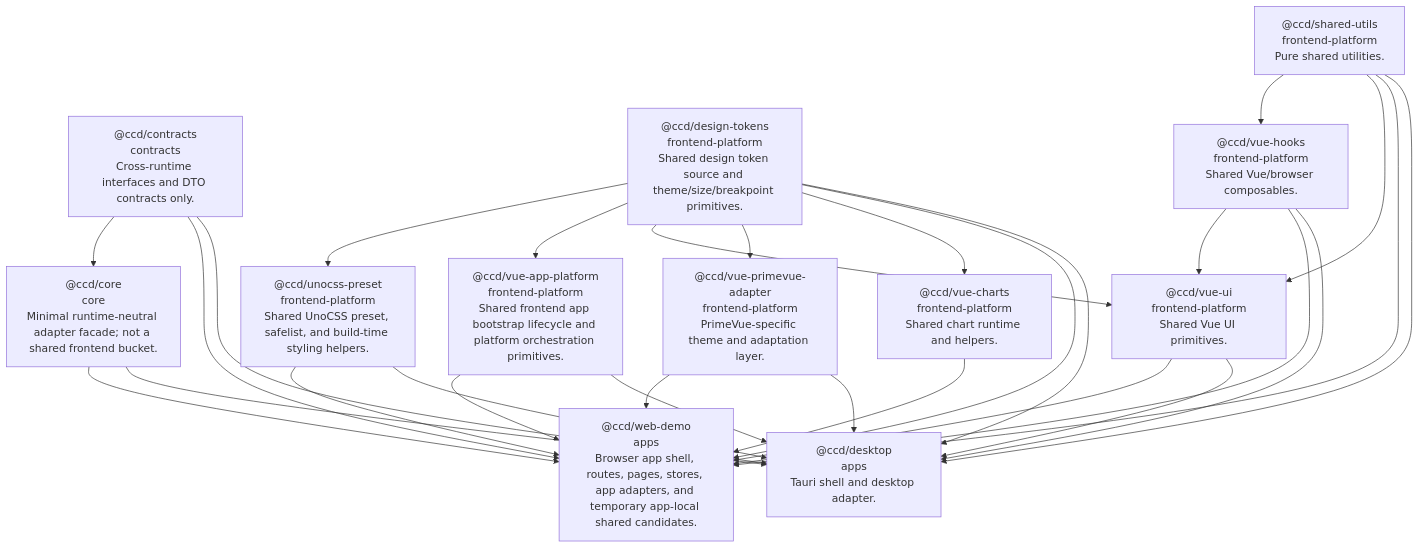
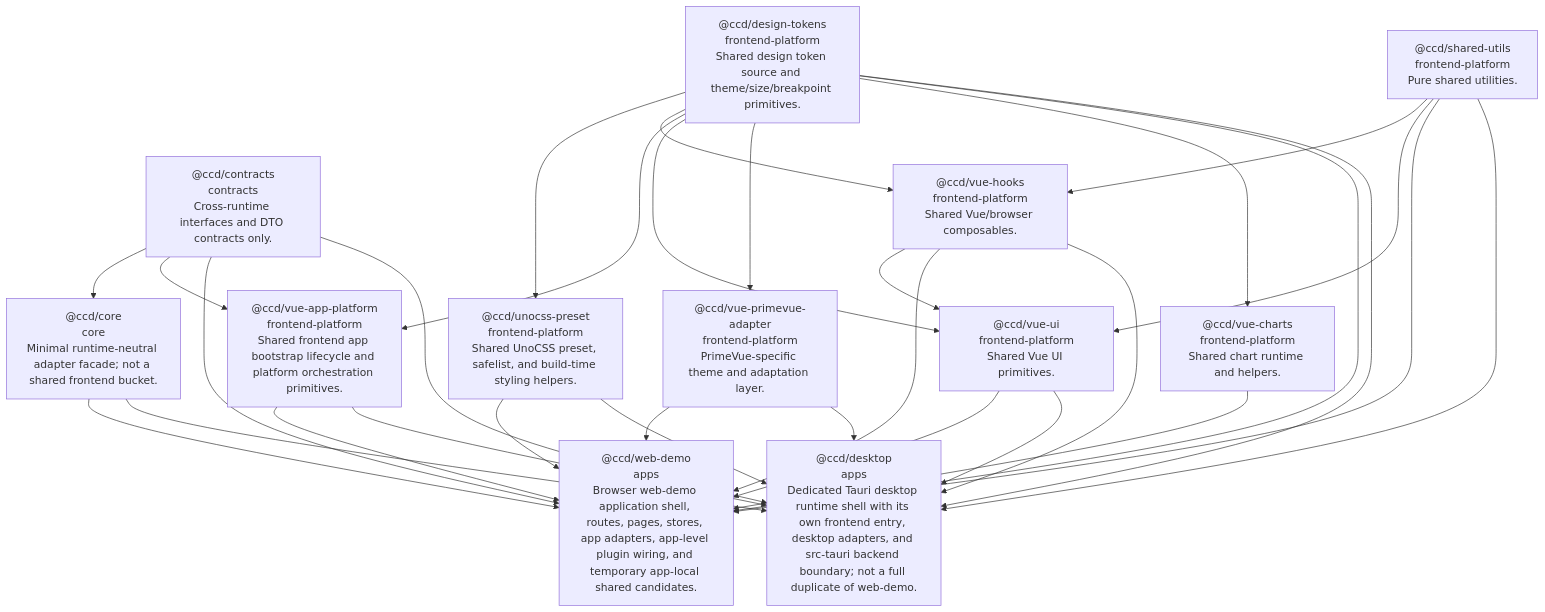
One commit to ichichuang/ccd changed the diagram in docs/generated/graphs/package-dependency-graph.mmd. Above: the diagram before and after it, drawn with Mermaid. The commit also changed 74 other files, not shown here.

```diff
--- a/docs/generated/graphs/package-dependency-graph.mmd
+++ b/docs/generated/graphs/package-dependency-graph.mmd
@@ -1,41 +1,43 @@
 graph TD
   ccd_contracts["@ccd/contracts<br/>contracts<br/>Cross-runtime interfaces and DTO contracts only."]
   ccd_core["@ccd/core<br/>core<br/>Minimal runtime-neutral adapter facade; not a shared frontend bucket."]
   ccd_contracts --> ccd_core
   ccd_design_tokens["@ccd/design-tokens<br/>frontend-platform<br/>Shared design token source and theme/size/breakpoint primitives."]
   ccd_unocss_preset["@ccd/unocss-preset<br/>frontend-platform<br/>Shared UnoCSS preset, safelist, and build-time styling helpers."]
   ccd_design_tokens --> ccd_unocss_preset
   ccd_shared_utils["@ccd/shared-utils<br/>frontend-platform<br/>Pure shared utilities."]
   ccd_vue_hooks["@ccd/vue-hooks<br/>frontend-platform<br/>Shared Vue/browser composables."]
+  ccd_design_tokens --> ccd_vue_hooks
   ccd_shared_utils --> ccd_vue_hooks
   ccd_vue_app_platform["@ccd/vue-app-platform<br/>frontend-platform<br/>Shared frontend app bootstrap lifecycle and platform orchestration primitives."]
+  ccd_contracts --> ccd_vue_app_platform
   ccd_design_tokens --> ccd_vue_app_platform
   ccd_vue_ui["@ccd/vue-ui<br/>frontend-platform<br/>Shared Vue UI primitives."]
   ccd_design_tokens --> ccd_vue_ui
   ccd_shared_utils --> ccd_vue_ui
   ccd_vue_hooks --> ccd_vue_ui
   ccd_vue_primevue_adapter["@ccd/vue-primevue-adapter<br/>frontend-platform<br/>PrimeVue-specific theme and adaptation layer."]
   ccd_design_tokens --> ccd_vue_primevue_adapter
   ccd_vue_charts["@ccd/vue-charts<br/>frontend-platform<br/>Shared chart runtime and helpers."]
   ccd_design_tokens --> ccd_vue_charts
-  ccd_web_demo["@ccd/web-demo<br/>apps<br/>Browser app shell, routes, pages, stores, app adapters, and temporary app-local shared candidates."]
+  ccd_web_demo["@ccd/web-demo<br/>apps<br/>Browser web-demo application shell, routes, pages, stores, app adapters, app-level plugin wiring, and temporary app-local shared candidates."]
   ccd_contracts --> ccd_web_demo
   ccd_core --> ccd_web_demo
   ccd_design_tokens --> ccd_web_demo
   ccd_shared_utils --> ccd_web_demo
   ccd_unocss_preset --> ccd_web_demo
   ccd_vue_hooks --> ccd_web_demo
   ccd_vue_app_platform --> ccd_web_demo
   ccd_vue_ui --> ccd_web_demo
   ccd_vue_primevue_adapter --> ccd_web_demo
   ccd_vue_charts --> ccd_web_demo
-  ccd_desktop["@ccd/desktop<br/>apps<br/>Tauri shell and desktop adapter."]
+  ccd_desktop["@ccd/desktop<br/>apps<br/>Dedicated Tauri desktop runtime shell with its own frontend entry, desktop adapters, and src-tauri backend boundary; not a full duplicate of web-demo."]
   ccd_contracts --> ccd_desktop
   ccd_core --> ccd_desktop
   ccd_design_tokens --> ccd_desktop
   ccd_shared_utils --> ccd_desktop
   ccd_unocss_preset --> ccd_desktop
   ccd_vue_app_platform --> ccd_desktop
   ccd_vue_hooks --> ccd_desktop
   ccd_vue_primevue_adapter --> ccd_desktop
   ccd_vue_ui --> ccd_desktop
```
